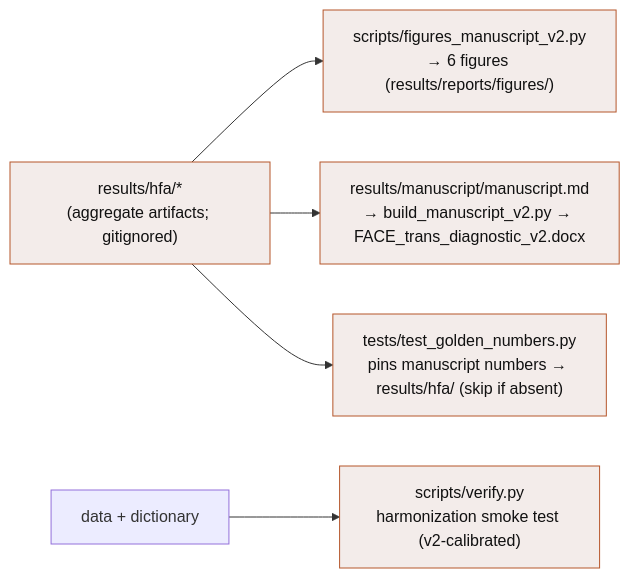
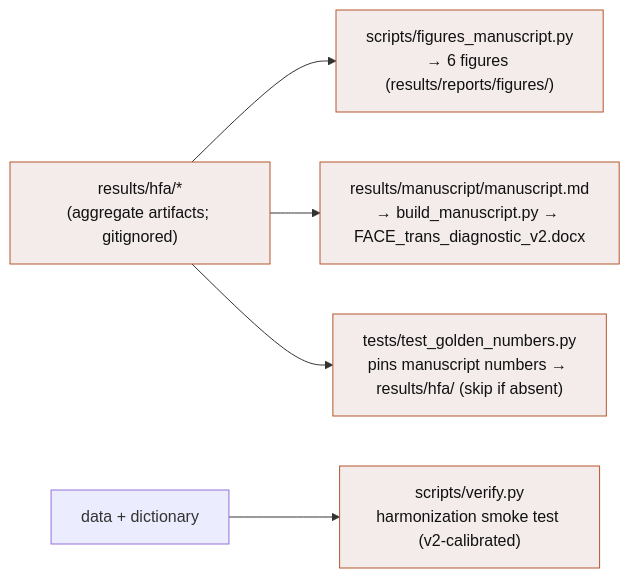
One commit to AndriiKulakovskyi/face-trans-diagnostic-phenotypes changed the tenth of 10 diagrams in docs/PIPELINE.md. Above: the diagram before and after it, drawn with Mermaid. The commit also changed other lines of this file and 37 other files, not shown here.

````diff
--- a/docs/PIPELINE.md
+++ b/docs/PIPELINE.md
@@ -297,9 +297,9 @@
 ```mermaid
 flowchart LR
     classDef out fill:#F3ECEA,stroke:#B5562B,color:#111
     R["results/hfa/*<br/>(aggregate artifacts; gitignored)"]:::out
-    R --> F["scripts/figures_manuscript_v2.py<br/>→ 6 figures (results/reports/figures/)"]:::out
-    R --> MAN["results/manuscript/manuscript.md<br/>→ build_manuscript_v2.py → FACE_trans_diagnostic_v2.docx"]:::out
+    R --> F["scripts/figures_manuscript.py<br/>→ 6 figures (results/reports/figures/)"]:::out
+    R --> MAN["results/manuscript/manuscript.md<br/>→ build_manuscript.py → FACE_trans_diagnostic_v2.docx"]:::out
     R --> G["tests/test_golden_numbers.py<br/>pins manuscript numbers → results/hfa/ (skip if absent)"]:::out
     DICT2["data + dictionary"] --> VER["scripts/verify.py<br/>harmonization smoke test (v2-calibrated)"]:::out
 ```
````
